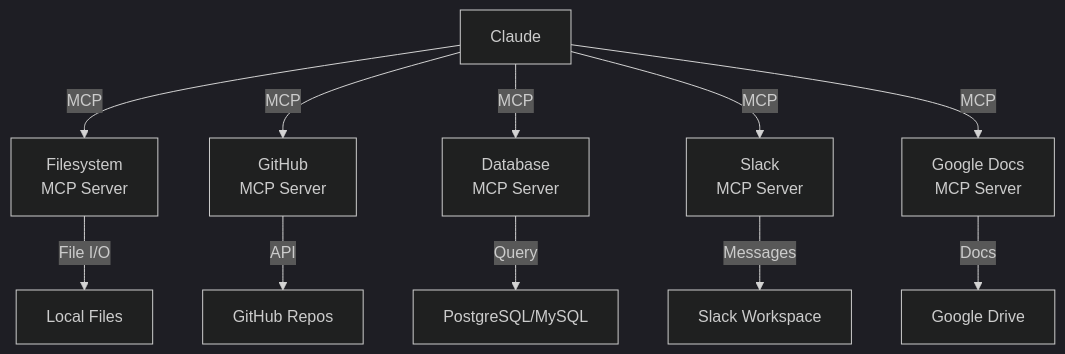
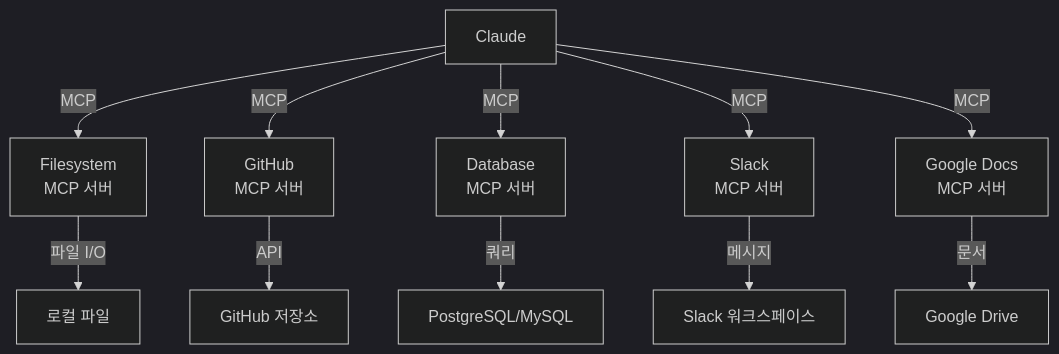
One commit to KIMDONGWHEE99/howkorean changed diagram 13 of 31 in claude_concepts_guide.md. Above: the diagram before and after it, drawn with Mermaid (dark theme). The commit also changed other lines of this file, not shown here.

First line of the commit message:
docs(claude_concepts_guide): 한국어로 번역

````diff
--- a/claude_concepts_guide.md
+++ b/claude_concepts_guide.md
@@ -388,14 +388,14 @@
 ```mermaid
 graph TB
-    A["Claude"] -->|MCP| B["Filesystem<br/>MCP Server"]
-    A -->|MCP| C["GitHub<br/>MCP Server"]
-    A -->|MCP| D["Database<br/>MCP Server"]
-    A -->|MCP| E["Slack<br/>MCP Server"]
-    A -->|MCP| F["Google Docs<br/>MCP Server"]
+    A["Claude"] -->|MCP| B["Filesystem<br/>MCP 서버"]
+    A -->|MCP| C["GitHub<br/>MCP 서버"]
+    A -->|MCP| D["Database<br/>MCP 서버"]
+    A -->|MCP| E["Slack<br/>MCP 서버"]
+    A -->|MCP| F["Google Docs<br/>MCP 서버"]
 
-    B -->|File I/O| G["Local Files"]
-    C -->|API| H["GitHub Repos"]
-    D -->|Query| I["PostgreSQL/MySQL"]
-    E -->|Messages| J["Slack Workspace"]
-    F -->|Docs| K["Google Drive"]
+    B -->|파일 I/O| G["로컬 파일"]
+    C -->|API| H["GitHub 저장소"]
+    D -->|쿼리| I["PostgreSQL/MySQL"]
+    E -->|메시지| J["Slack 워크스페이스"]
+    F -->|문서| K["Google Drive"]
 ```
````
